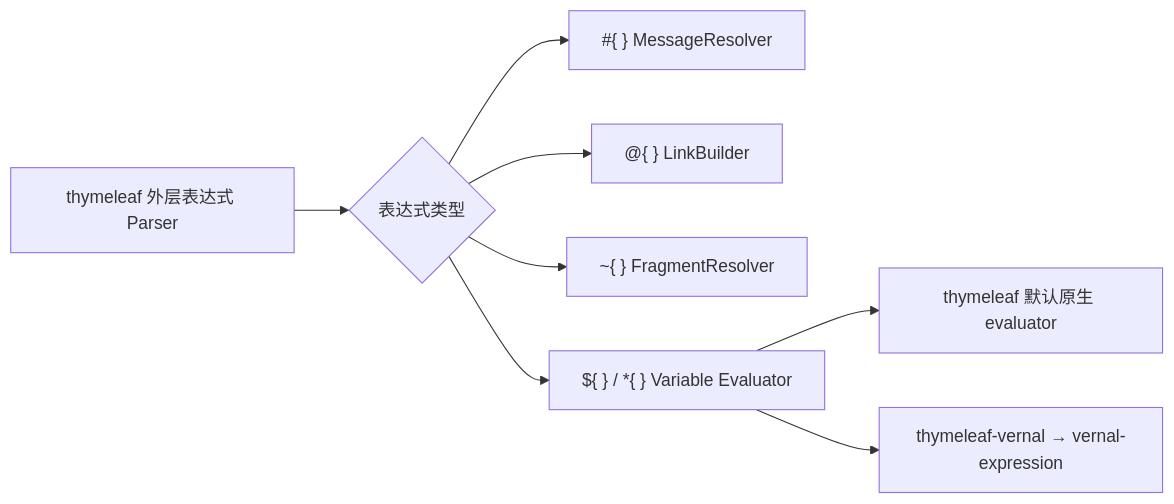
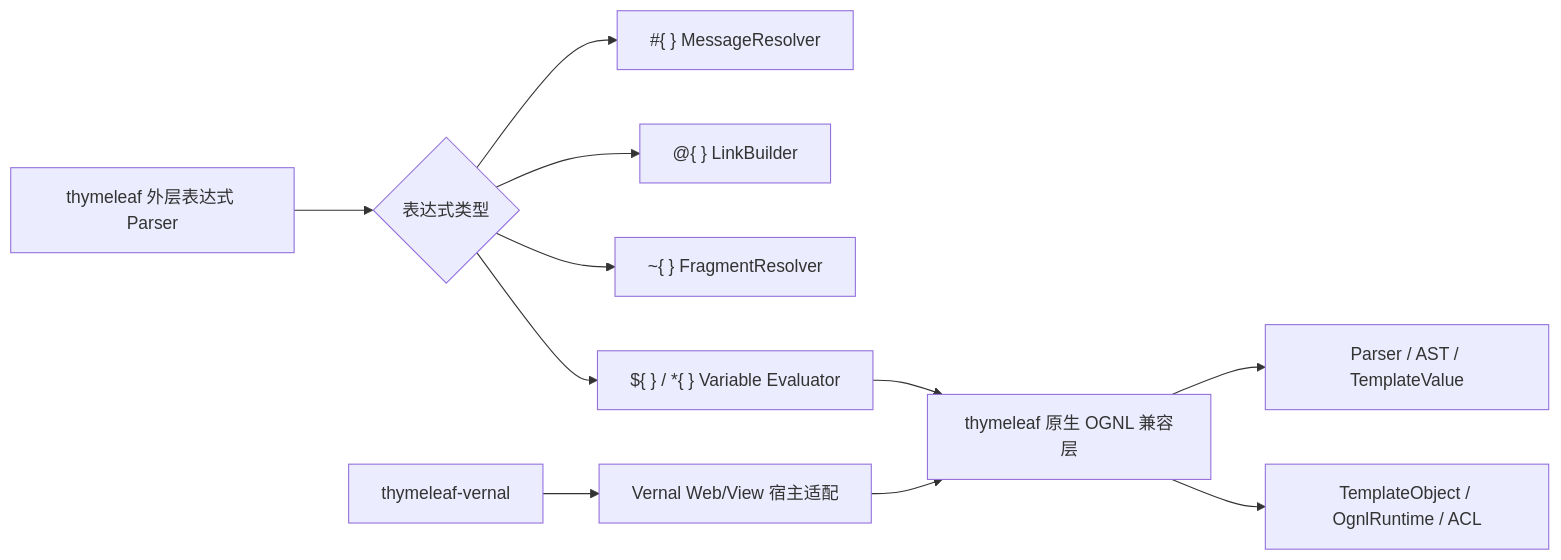
Before and after one commit to easy-4-rust/thymeleaf-rust: the diagram in docs/migration/语义迁移对照表.md, drawn with Mermaid. The commit also changed other lines of this file and 484 other files, not shown here.

````diff
--- a/docs/migration/语义迁移对照表.md
+++ b/docs/migration/语义迁移对照表.md
@@ -403,10 +415,13 @@
 ```mermaid
 flowchart LR
     A["thymeleaf 外层表达式 Parser"] --> B{"表达式类型"}
     B --> C["#{ } MessageResolver"]
     B --> D["@{ } LinkBuilder"]
     B --> E["~{ } FragmentResolver"]
     B --> F["${ } / *{ } Variable Evaluator"]
-    F --> G["thymeleaf 默认原生 evaluator"]
-    F --> H["thymeleaf-vernal → vernal-expression"]
+    F --> G["thymeleaf 原生 OGNL 兼容层"]
+    G --> H["Parser / AST / TemplateValue"]
+    G --> I["TemplateObject / OgnlRuntime / ACL"]
+    J["thymeleaf-vernal"] --> K["Vernal Web/View 宿主适配"]
+    K --> G
 ```
````
